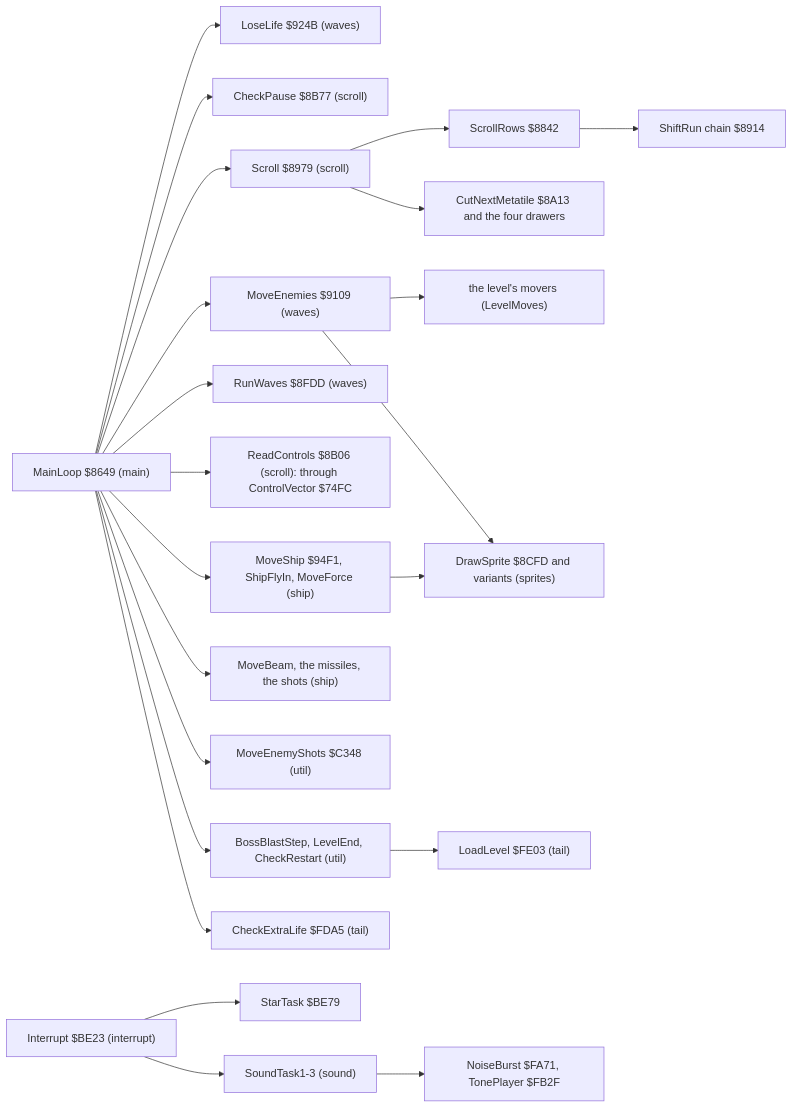
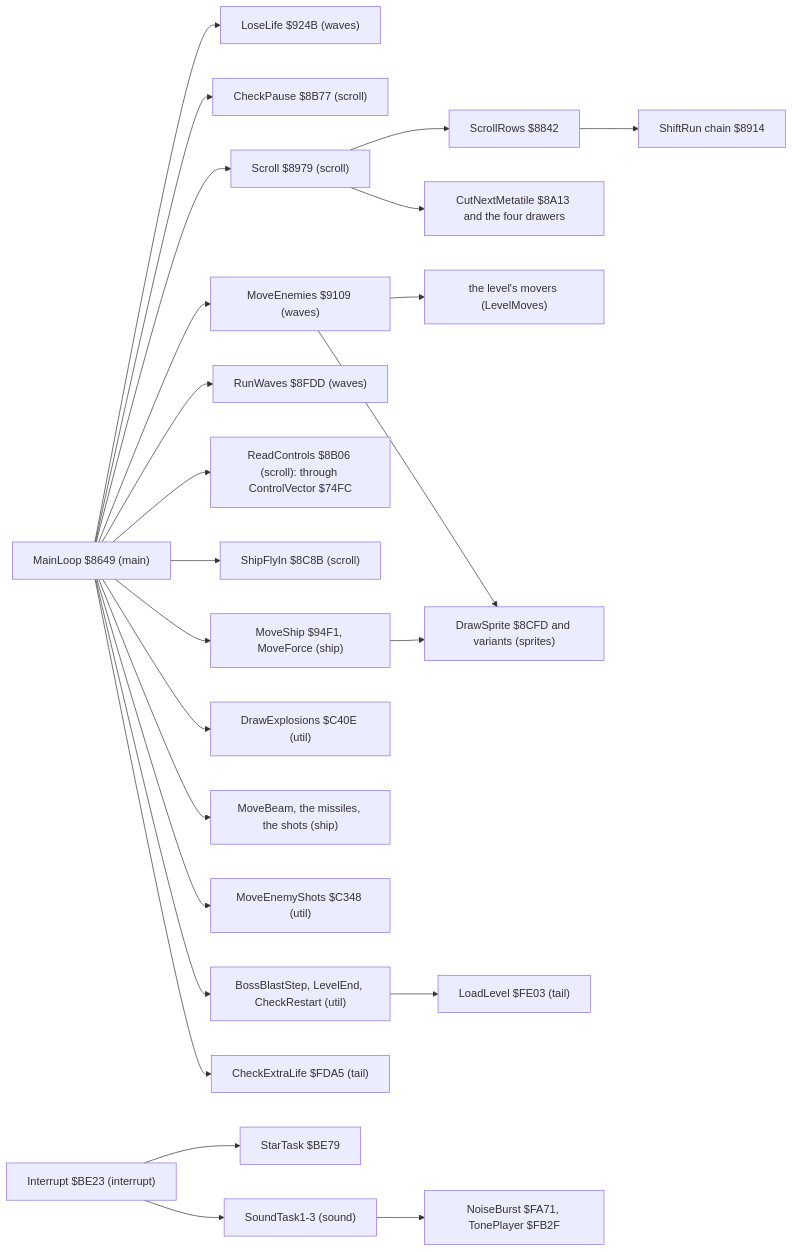
Before and after one commit to alfishe/unrealng-reverse-cases: the second of 3 diagrams in games/r-type/docs/02-architecture.md, drawn with Mermaid. The commit also changed other lines of this file and 22 other files, not shown here.

````diff
--- a/games/r-type/docs/02-architecture.md
+++ b/games/r-type/docs/02-architecture.md
@@ -352,24 +352,26 @@
 ```mermaid
 flowchart LR
     ML["MainLoop $8649 (main)"] --> LL["LoseLife $924B (waves)"]
     ML --> CP["CheckPause $8B77 (scroll)"]
     ML --> SC["Scroll $8979 (scroll)"]
     SC --> SR["ScrollRows $8842"]
     SR --> SH["ShiftRun chain $8914"]
     SC --> CM["CutNextMetatile $8A13 and the four drawers"]
     ML --> ME["MoveEnemies $9109 (waves)"]
     ME --> MV["the level's movers (LevelMoves)"]
     ME --> DS["DrawSprite $8CFD and variants (sprites)"]
     ML --> RW["RunWaves $8FDD (waves)"]
     ML --> RC["ReadControls $8B06 (scroll): through ControlVector $74FC"]
-    ML --> MS["MoveShip $94F1, ShipFlyIn, MoveForce (ship)"]
+    ML --> FI["ShipFlyIn $8C8B (scroll)"]
+    ML --> MS["MoveShip $94F1, MoveForce (ship)"]
+    ML --> DX["DrawExplosions $C40E (util)"]
     MS --> DS
     ML --> WP["MoveBeam, the missiles, the shots (ship)"]
     ML --> ES["MoveEnemyShots $C348 (util)"]
     ML --> TL["BossBlastStep, LevelEnd, CheckRestart (util)"]
     ML --> XL["CheckExtraLife $FDA5 (tail)"]
     TL --> LD["LoadLevel $FE03 (tail)"]
     INT["Interrupt $BE23 (interrupt)"] --> ST["StarTask $BE79"]
     INT --> SND["SoundTask1-3 (sound)"]
     SND --> NB["NoiseBurst $FA71, TonePlayer $FB2F"]
 ```
````
